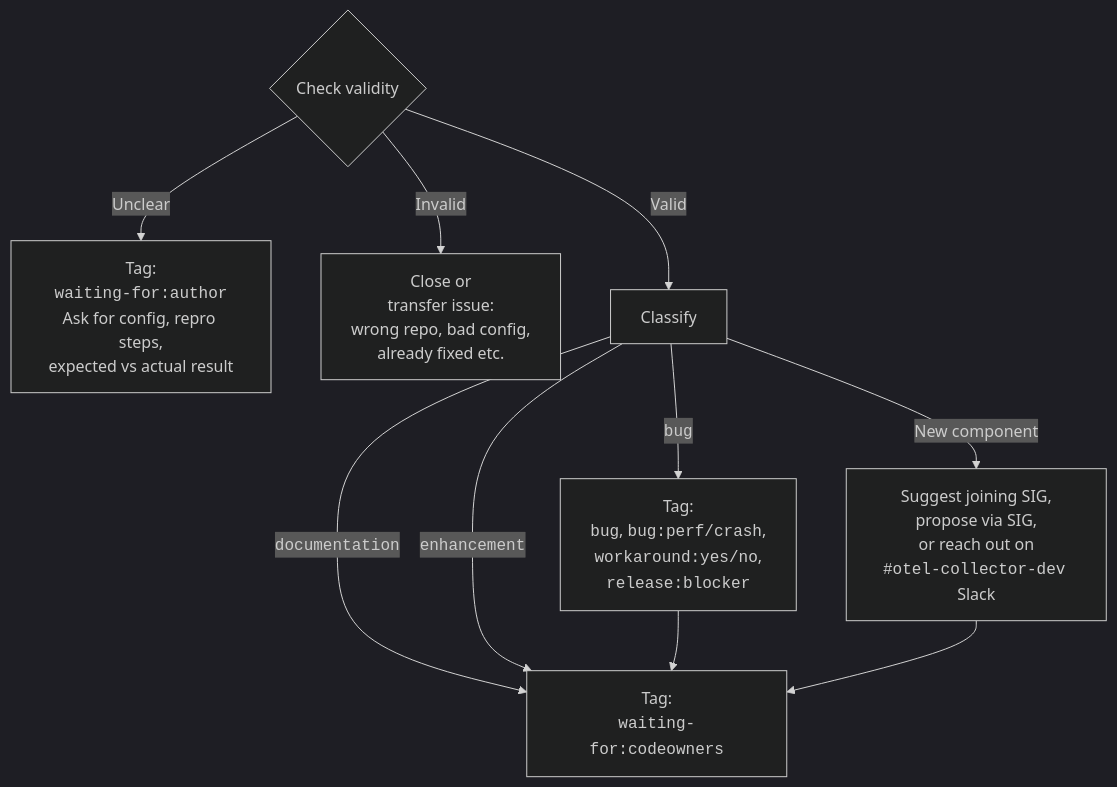
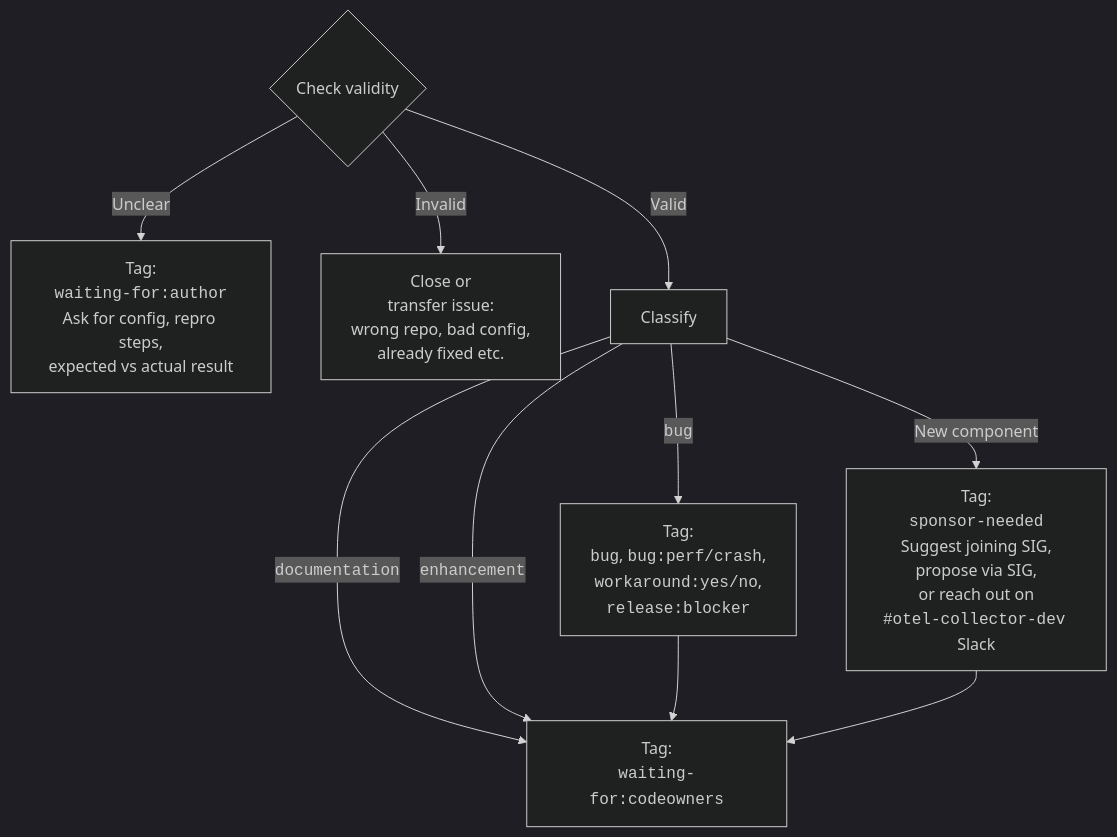
The first of 2 diagrams in issue-triaging.md (open-telemetry/opentelemetry-collector-contrib), drawn with Mermaid (dark theme) before and after one commit.

````diff
--- a/issue-triaging.md
+++ b/issue-triaging.md
@@ -75,17 +75,17 @@
 ```mermaid
 flowchart TD
       Start{Check validity}
       
       Start -->|Unclear| WaitingAuthor[Tag:<br><code>waiting-for:author</code><br>Ask for config, repro steps,<br>expected vs actual result]
       Start -->|Invalid| Transfer[Close or<br>transfer issue:<br>wrong repo, bad config,<br>already fixed etc.]
       Start --> |Valid| Classify
 
       Classify -->|<code>documentation</code>| WaitingCodeowners[Tag:<br><code>waiting-for:codeowners</code>]
       Classify -->|<code>enhancement</code>| WaitingCodeowners
       Classify -->|<code>bug</code>| EnrichBug[Tag:<br><code>bug</code>, <code>bug:perf/crash</code>,<br><code>workaround:yes/no</code>,<br><code>release:blocker</code>]
 
       EnrichBug --> WaitingCodeowners
 
-      Classify -->|New component| NewComponent[Suggest joining SIG,<br>propose via SIG,<br>or reach out on<br><code>#otel-collector-dev</code> Slack]
+      Classify -->|New component| NewComponent[Tag:<br><code>sponsor-needed</code><br>Suggest joining SIG,<br>propose via SIG,<br>or reach out on<br><code>#otel-collector-dev</code> Slack]
       NewComponent --> WaitingCodeowners
 ```
````
